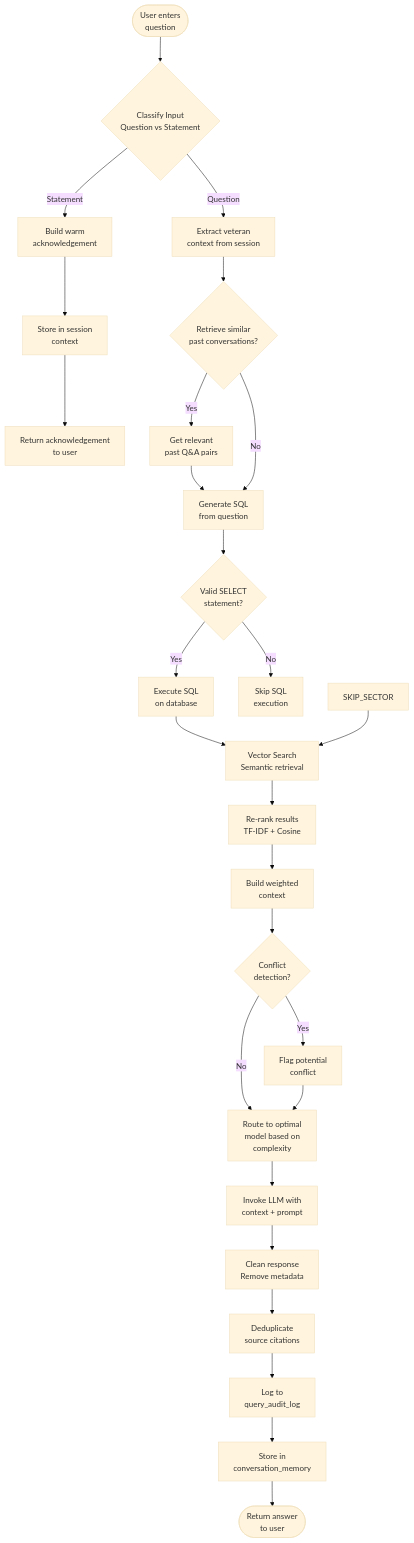
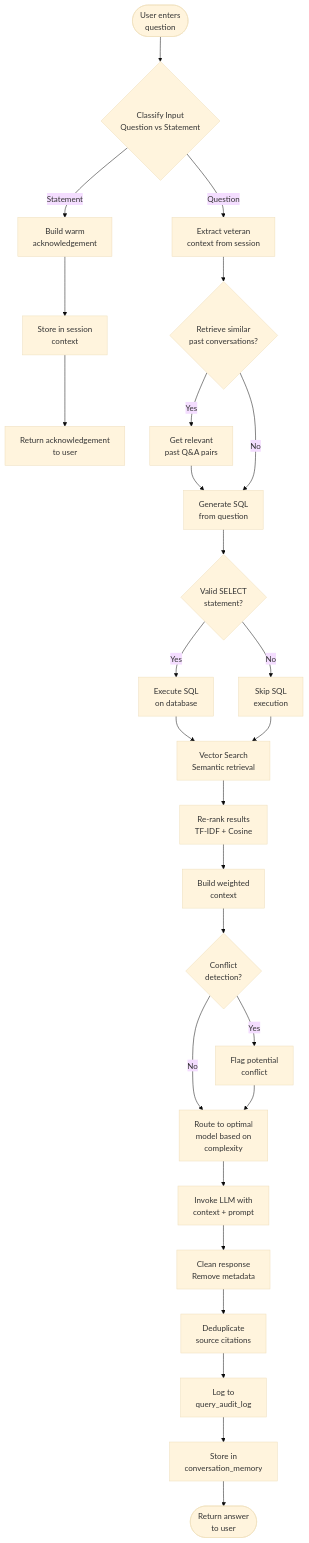
The second of 8 diagrams in logic_summary.md (Overlawd/dva-assistant-v2), drawn with Mermaid (base theme) before and after one commit. The commit also changed 5 other files, not shown here.

````diff
--- a/logic_summary.md
+++ b/logic_summary.md
@@ -42,42 +42,42 @@
 ```mermaid
 flowchart TD
     START([User enters<br/>question]) --> CLASSIFY{Classify Input<br/>Question vs Statement}
     
     CLASSIFY -->|Statement| STMT_ACK[Build warm<br/>acknowledgement]
     STMT_ACK --> STORE_SESSION[Store in session<br/>context]
     STORE_SESSION --> RETURN_ACK[Return acknowledgement<br/>to user]
     
     CLASSIFY -->|Question| VETAN_CONTEXT[Extract veteran<br/>context from session]
     VETAN_CONTEXT --> PAST_CONV{Retrieve similar<br/>past conversations?}
     
     PAST_CONV -->|Yes| PAST_RETRIEVE[Get relevant<br/>past Q&A pairs]
     PAST_RETRIEVE --> SQL_GEN
     
     PAST_CONV -->|No| SQL_GEN[Generate SQL<br/>from question]
     
     SQL_GEN --> SQL_CHECK{Valid SELECT<br/>statement?}
     SQL_CHECK -->|Yes| EXEC_SQL[Execute SQL<br/>on database]
     SQL_CHECK -->|No| SKIP_SQL[Skip SQL<br/>execution]
     
     EXEC_SQL --> VECTOR_SEARCH
-    SKIP_SECTOR --> VECTOR_SEARCH
+    SKIP_SQL --> VECTOR_SEARCH
     
     VECTOR_SEARCH[Vector Search<br/>Semantic retrieval] --> RERANK[Re-rank results<br/>TF-IDF + Cosine]
     
     RERANK --> BUILD_CTX[Build weighted<br/>context]
     
     BUILD_CTX --> CONFLICT{Conflict<br/>detection?}
     CONFLICT -->|Yes| MARK_CONFLICT[Flag potential<br/>conflict]
     CONFLICT -->|No| ROUTE_MODEL
     
     MARK_CONFLICT --> ROUTE_MODEL[Route to optimal<br/>model based on<br/>complexity]
     
     ROUTE_MODEL --> INVOKE_LLM[Invoke LLM with<br/>context + prompt]
     INVOKE_LLM --> CLEAN_RESP[Clean response<br/>Remove metadata]
     
     CLEAN_RESP --> DEDUP_SOURCES[Deduplicate<br/>source citations]
     DEDUP_SOURCES --> AUDIT_LOG[Log to<br/>query_audit_log]
     
     AUDIT_LOG --> STORE_MEM[Store in<br/>conversation_memory]
     STORE_MEM --> RETURN([Return answer<br/>to user])
 ```
````
